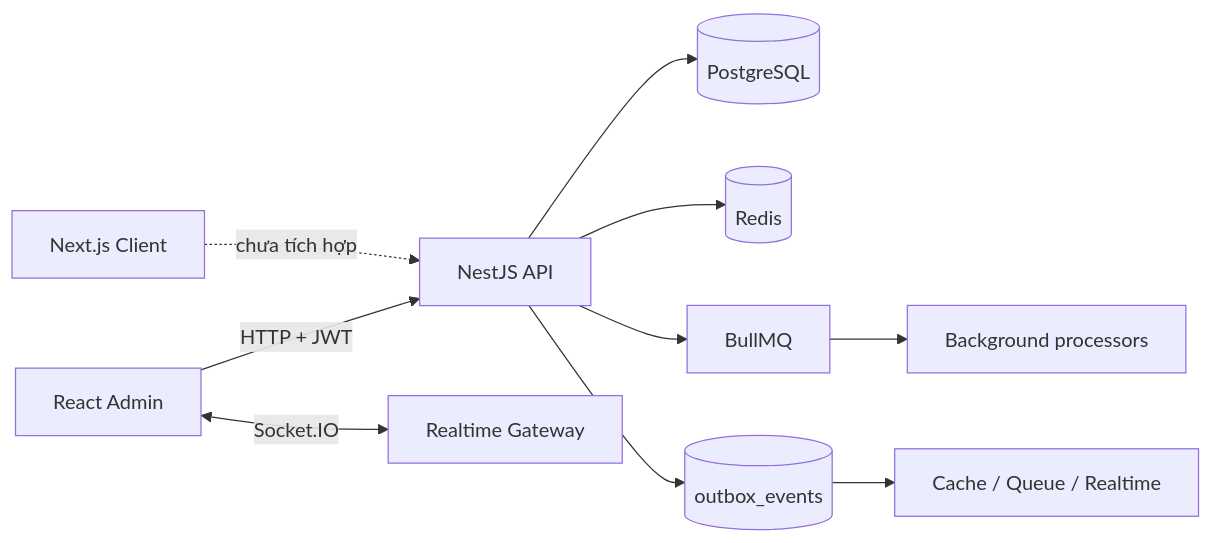
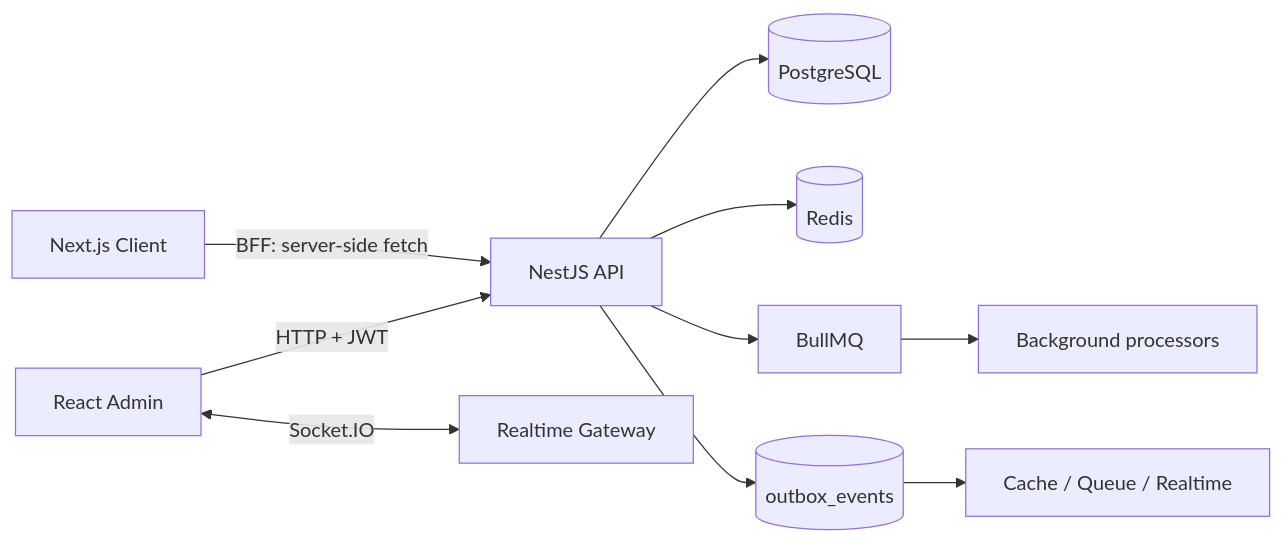
One commit to 8eyond-Infinite/turborepo-advanced-starter changed the diagram in README.md. Above: the diagram before and after it, drawn with Mermaid. The commit also changed other lines of this file and 16 other files, not shown here.

````diff
--- a/README.md
+++ b/README.md
@@ -51,12 +51,12 @@
 ```mermaid
 flowchart LR
     Admin[React Admin] -->|HTTP + JWT| API[NestJS API]
-    Client[Next.js Client] -.->|chưa tích hợp| API
+    Client[Next.js Client] -->|BFF: server-side fetch| API
     Admin <-->|Socket.IO| Realtime[Realtime Gateway]
     API --> Postgres[(PostgreSQL)]
     API --> Redis[(Redis)]
     API --> Queue[BullMQ]
     Queue --> Worker[Background processors]
     API --> Outbox[(outbox_events)]
     Outbox --> SideEffects[Cache / Queue / Realtime]
 ```
````
